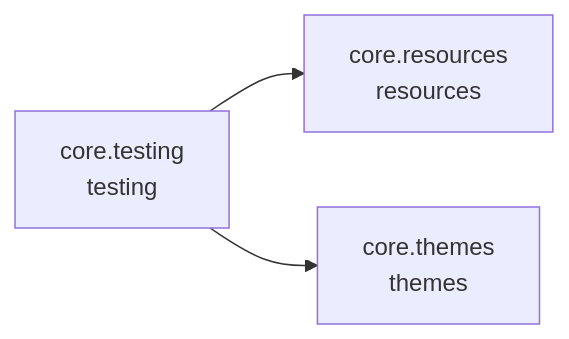
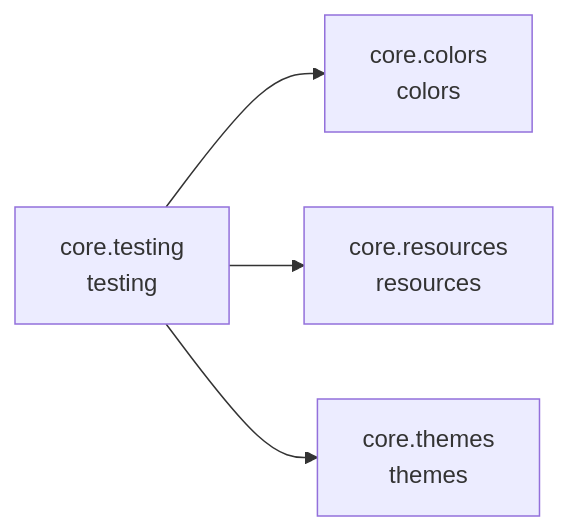
Before and after one commit to cj-mills/cjm-fasthtml-daisyui: the diagram in README.md, drawn with Mermaid. The commit also changed other lines of this file and 8 other files, not shown here.

````diff
--- a/README.md
+++ b/README.md
@@ -34,9 +35,11 @@
 ``` mermaid
 graph LR
+    core_colors[core.colors<br/>colors]
     core_resources[core.resources<br/>resources]
     core_testing[core.testing<br/>testing]
     core_themes[core.themes<br/>themes]
 
+    core_testing --> core_colors
     core_testing --> core_resources
     core_testing --> core_themes
 ```
````
